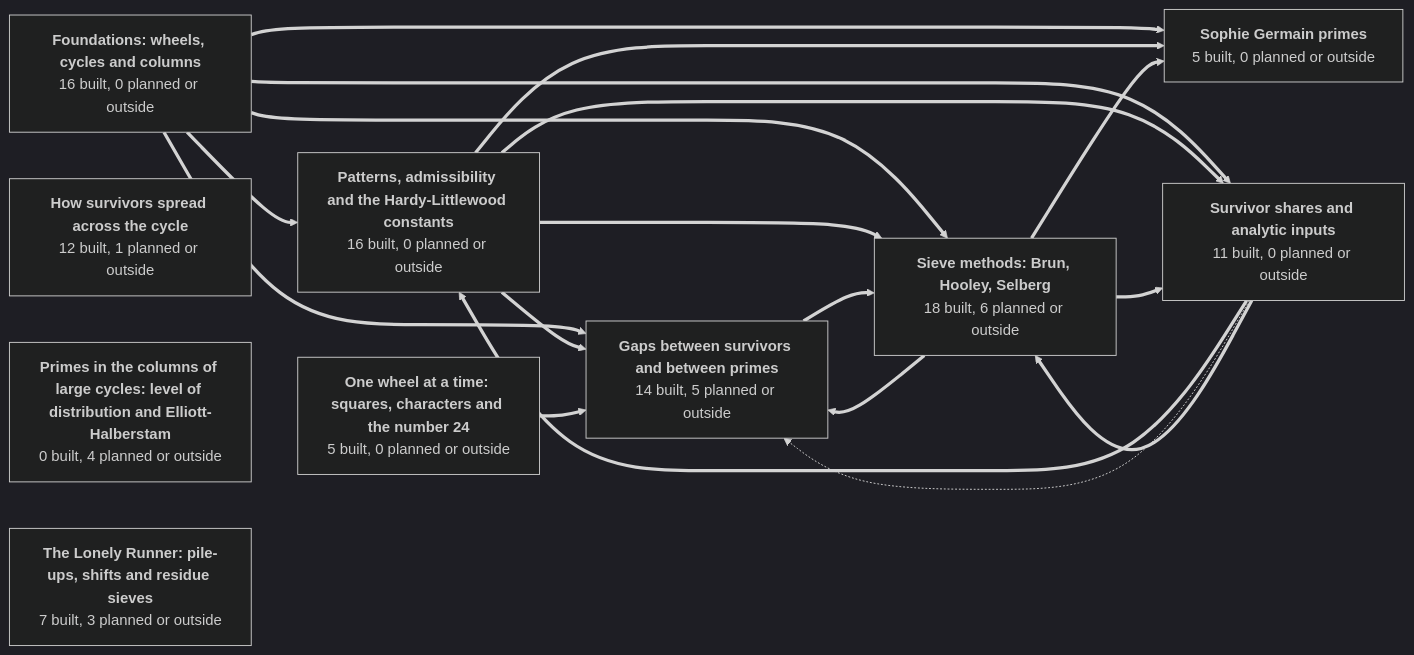
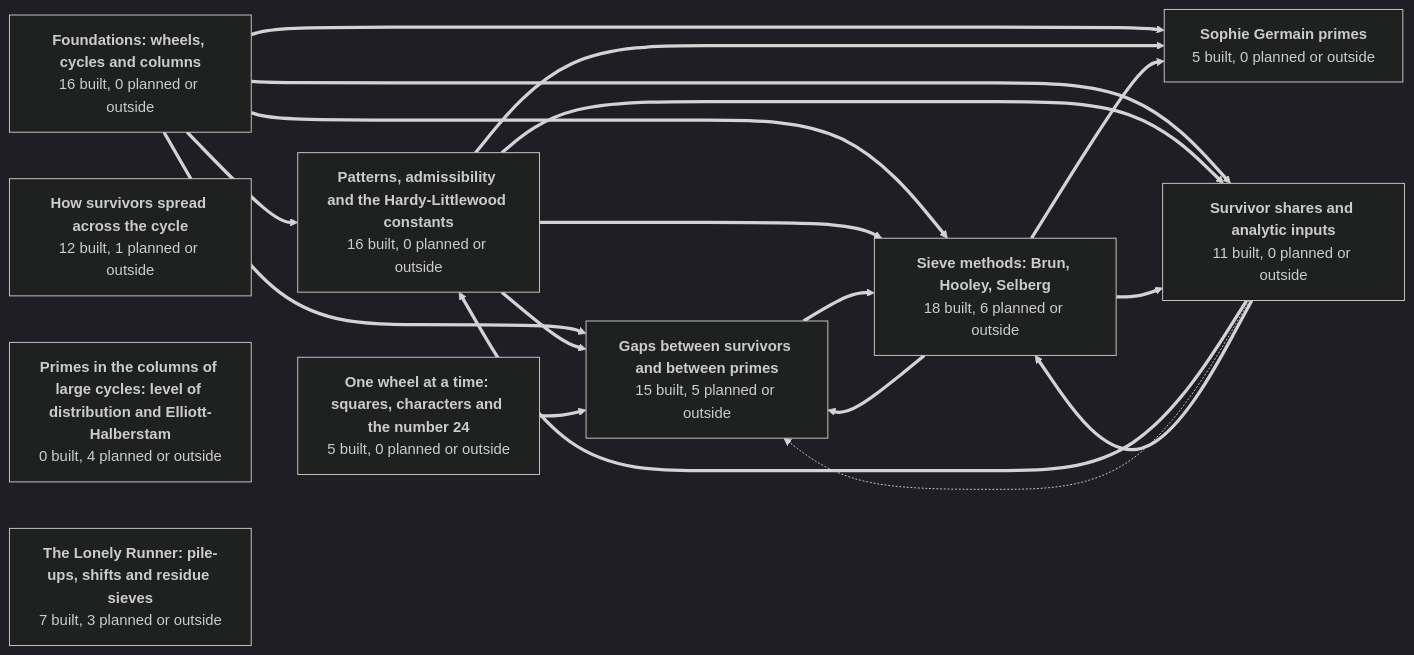
One commit to golfbum71/RNS-Sieve-Network changed the first of 11 diagrams in GRAPH.md. Above: the diagram before and after it, drawn with Mermaid (dark theme). The commit also changed other lines of this file and 9 other files, not shown here.

First line of the commit message:
GoldbachStacks: four equivalences, built clean (standard axioms); metadata, node list and graph

````diff
--- a/GRAPH.md
+++ b/GRAPH.md
@@ -45,40 +45,40 @@
 ```mermaid
 graph LR
   g1["<b>Foundations: wheels, cycles and columns</b><br/>16 built, 0 planned or outside"]
   g2["<b>Patterns, admissibility and the Hardy-Littlewood constants</b><br/>16 built, 0 planned or outside"]
   g3["<b>How survivors spread across the cycle</b><br/>12 built, 1 planned or outside"]
-  g4["<b>Gaps between survivors and between primes</b><br/>14 built, 5 planned or outside"]
+  g4["<b>Gaps between survivors and between primes</b><br/>15 built, 5 planned or outside"]
   g5["<b>Sophie Germain primes</b><br/>5 built, 0 planned or outside"]
   g6["<b>Survivor shares and analytic inputs</b><br/>11 built, 0 planned or outside"]
   g7["<b>One wheel at a time: squares, characters and the number 24</b><br/>5 built, 0 planned or outside"]
   g8["<b>Sieve methods: Brun, Hooley, Selberg</b><br/>18 built, 6 planned or outside"]
   g9["<b>Primes in the columns of large cycles: level of distribution and Elliott-Halberstam</b><br/>0 built, 4 planned or outside"]
   g10["<b>The Lonely Runner: pile-ups, shifts and residue sieves</b><br/>7 built, 3 planned or outside"]
   g1 ==> g2
   g1 ==> g4
   g1 ==> g5
   g1 ==> g6
   g1 ==> g8
   g2 ==> g4
   g2 ==> g5
   g2 ==> g6
   g2 ==> g8
   g4 ==> g8
   g6 ==> g2
   g6 -.-> g4
   g6 ==> g8
   g7 ==> g4
   g8 ==> g4
   g8 ==> g5
   g8 ==> g6
   click g1 href "https://github.com/golfbum71/RNS-Sieve-Network/blob/main/GRAPH.md#foundations-wheels-cycles-and-columns" _self
   click g2 href "https://github.com/golfbum71/RNS-Sieve-Network/blob/main/GRAPH.md#patterns-admissibility-and-the-hardy-littlewood-constants" _self
   click g3 href "https://github.com/golfbum71/RNS-Sieve-Network/blob/main/GRAPH.md#how-survivors-spread-across-the-cycle" _self
   click g4 href "https://github.com/golfbum71/RNS-Sieve-Network/blob/main/GRAPH.md#gaps-between-survivors-and-between-primes" _self
   click g5 href "https://github.com/golfbum71/RNS-Sieve-Network/blob/main/GRAPH.md#sophie-germain-primes" _self
   click g6 href "https://github.com/golfbum71/RNS-Sieve-Network/blob/main/GRAPH.md#survivor-shares-and-analytic-inputs" _self
   click g7 href "https://github.com/golfbum71/RNS-Sieve-Network/blob/main/GRAPH.md#one-wheel-at-a-time-squares-characters-and-the-number-24" _self
   click g8 href "https://github.com/golfbum71/RNS-Sieve-Network/blob/main/GRAPH.md#sieve-methods-brun-hooley-selberg" _self
   click g9 href "https://github.com/golfbum71/RNS-Sieve-Network/blob/main/GRAPH.md#primes-in-the-columns-of-large-cycles-level-of-distribution-and-elliott-halberstam" _self
   click g10 href "https://github.com/golfbum71/RNS-Sieve-Network/blob/main/GRAPH.md#the-lonely-runner-pile-ups-shifts-and-residue-sieves" _self
 ```
````
